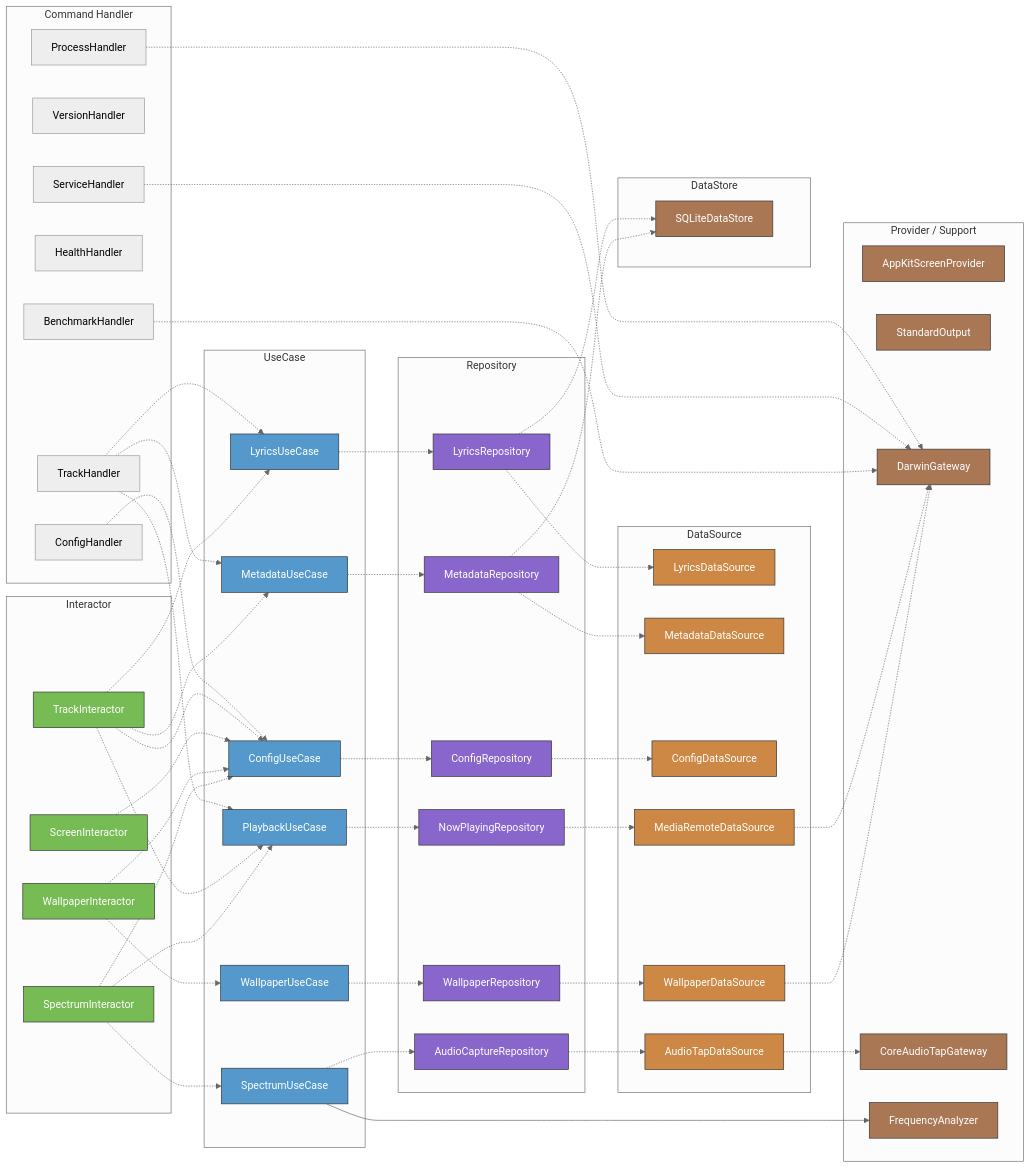
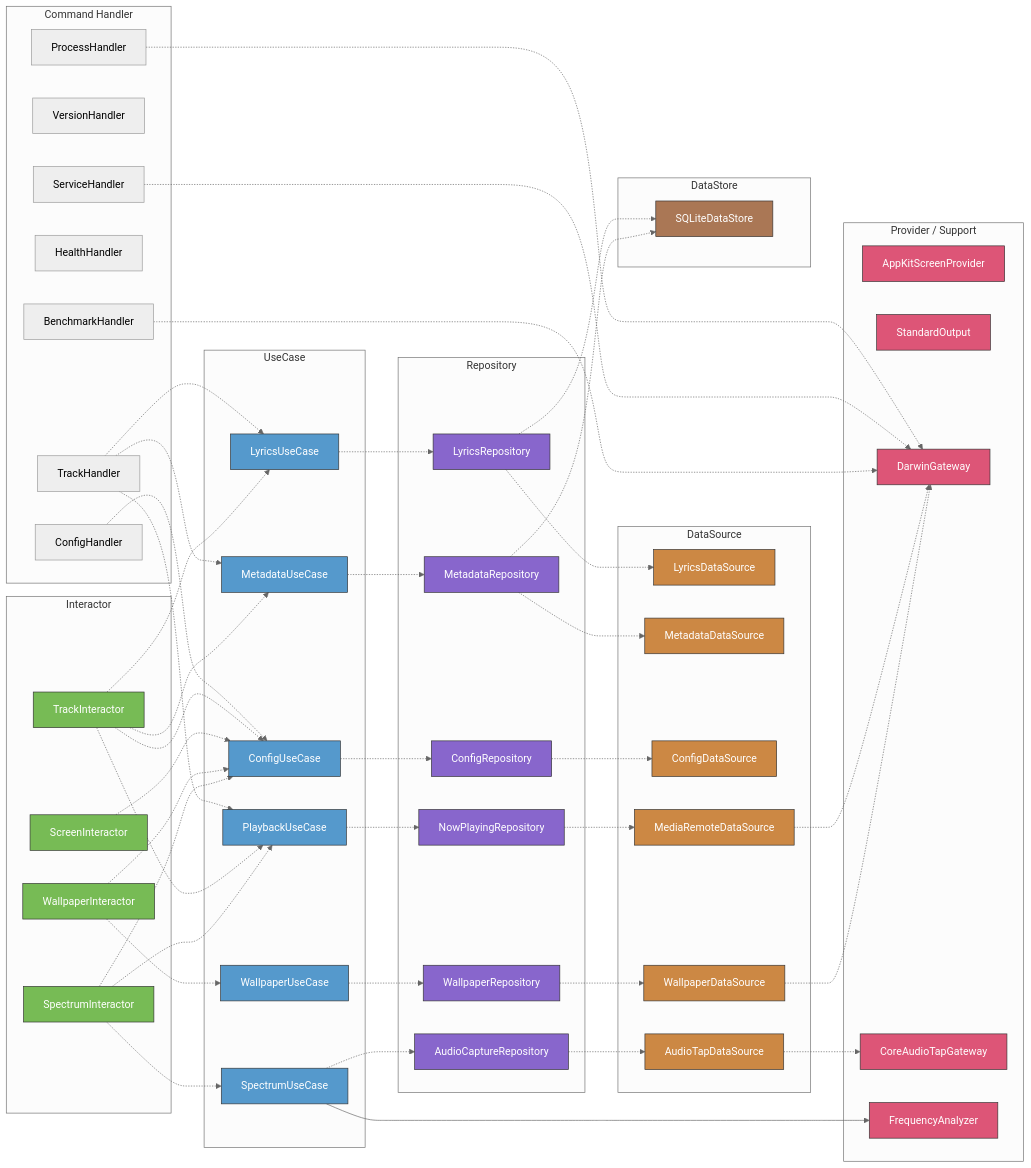
One commit to GeneralD/lyra changed the second of 2 diagrams in .claude/CLAUDE.md. Above: the diagram before and after it, drawn with Mermaid (neutral theme). The commit also changed other lines of this file, not shown here.

Commit message:
docs: Provider/SupportノードをDataStoreと判別できるローズ色(#d57)に変更

````diff
--- a/.claude/CLAUDE.md
+++ b/.claude/CLAUDE.md
@@ -222,10 +222,10 @@
     style MediaRemoteDataSource fill:#c84,stroke:#333,color:#fff
     style WallpaperDataSource fill:#c84,stroke:#333,color:#fff
     style AudioTapDataSource fill:#c84,stroke:#333,color:#fff
-    style AppKitScreenProvider fill:#a75,stroke:#333,color:#fff
-    style StandardOutput fill:#a75,stroke:#333,color:#fff
-    style DarwinGateway fill:#a75,stroke:#333,color:#fff
-    style CoreAudioTapGateway fill:#a75,stroke:#333,color:#fff
-    style FrequencyAnalyzer fill:#a75,stroke:#333,color:#fff
+    style AppKitScreenProvider fill:#d57,stroke:#333,color:#fff
+    style StandardOutput fill:#d57,stroke:#333,color:#fff
+    style DarwinGateway fill:#d57,stroke:#333,color:#fff
+    style CoreAudioTapGateway fill:#d57,stroke:#333,color:#fff
+    style FrequencyAnalyzer fill:#d57,stroke:#333,color:#fff
     style SQLiteDataStore fill:#a75,stroke:#333,color:#fff
 ```
````
